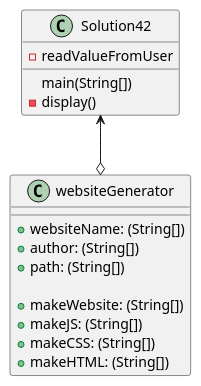
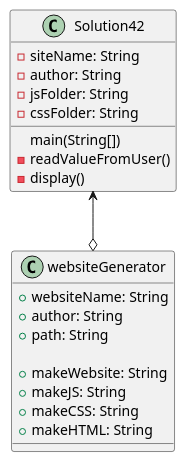
Before and after one commit to cachemoney-3000/samontanez-a04: the diagram in exercise43/docs/Solution43_ClassDiagram.puml, drawn with PlantUML. The commit also changed 18 other files, not shown here.

```diff
--- a/exercise43/docs/Solution43_ClassDiagram.puml
+++ b/exercise43/docs/Solution43_ClassDiagram.puml
@@ -1,21 +1,27 @@
 @startuml
 class Solution42 {
     main(String[])
-    -readValueFromUser
+    'attributes
+    -siteName: String
+    -author: String
+    -jsFolder: String
+    -cssFolder: String
+
+    -readValueFromUser()
     -display()
 }
 
 class websiteGenerator{
     'attributes
-    +websiteName: (String[])
-    +author: (String[])
-    +path: (String[])
+    +websiteName: String
+    +author: String
+    +path: String
 
-    +makeWebsite: (String[])
-    +makeJS: (String[])
-    +makeCSS: (String[])
-    +makeHTML: (String[])
+    +makeWebsite: String
+    +makeJS: String
+    +makeCSS: String
+    +makeHTML: String
 }
 
 Solution42 <--o websiteGenerator
 @enduml
```
